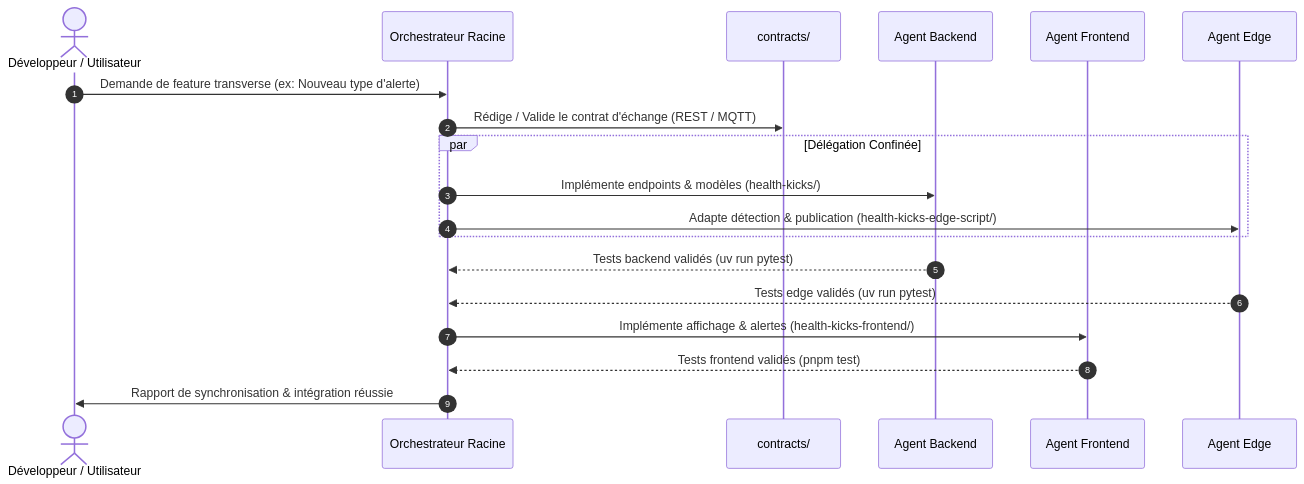
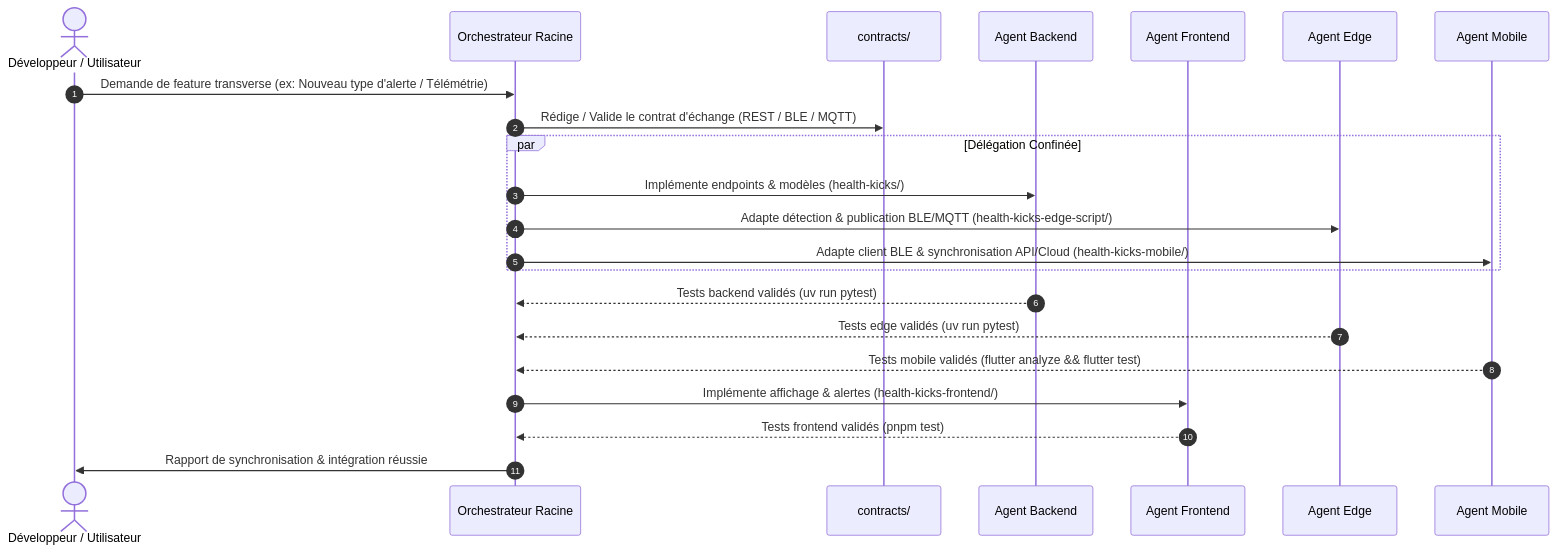
Before and after one commit to daverck/health-kicks-ecosystem: the diagram in .agents/AGENTS.md, drawn with Mermaid. The commit also changed other lines of this file and 1 other file, not shown here.

Commit message:
feat(agents): add mobile-dev agent for Flutter/Dart application

````diff
--- a/.agents/AGENTS.md
+++ b/.agents/AGENTS.md
@@ -85,22 +88,25 @@
 ```mermaid
 sequenceDiagram
     autonumber
     actor User as Développeur / Utilisateur
     participant Orch as Orchestrateur Racine
     participant Contract as contracts/
     participant Backend as Agent Backend
     participant Frontend as Agent Frontend
     participant Edge as Agent Edge
+    participant Mobile as Agent Mobile
 
-    User->>Orch: Demande de feature transverse (ex: Nouveau type d'alerte)
-    Orch->>Contract: Rédige / Valide le contrat d'échange (REST / MQTT)
+    User->>Orch: Demande de feature transverse (ex: Nouveau type d'alerte / Télémétrie)
+    Orch->>Contract: Rédige / Valide le contrat d'échange (REST / BLE / MQTT)
     par Délégation Confinée
         Orch->>Backend: Implémente endpoints & modèles (health-kicks/)
-        Orch->>Edge: Adapte détection & publication (health-kicks-edge-script/)
+        Orch->>Edge: Adapte détection & publication BLE/MQTT (health-kicks-edge-script/)
+        Orch->>Mobile: Adapte client BLE & synchronisation API/Cloud (health-kicks-mobile/)
     end
     Backend-->>Orch: Tests backend validés (uv run pytest)
     Edge-->>Orch: Tests edge validés (uv run pytest)
+    Mobile-->>Orch: Tests mobile validés (flutter analyze && flutter test)
     Orch->>Frontend: Implémente affichage & alertes (health-kicks-frontend/)
     Frontend-->>Orch: Tests frontend validés (pnpm test)
     Orch->>User: Rapport de synchronisation & intégration réussie
 ```
````
